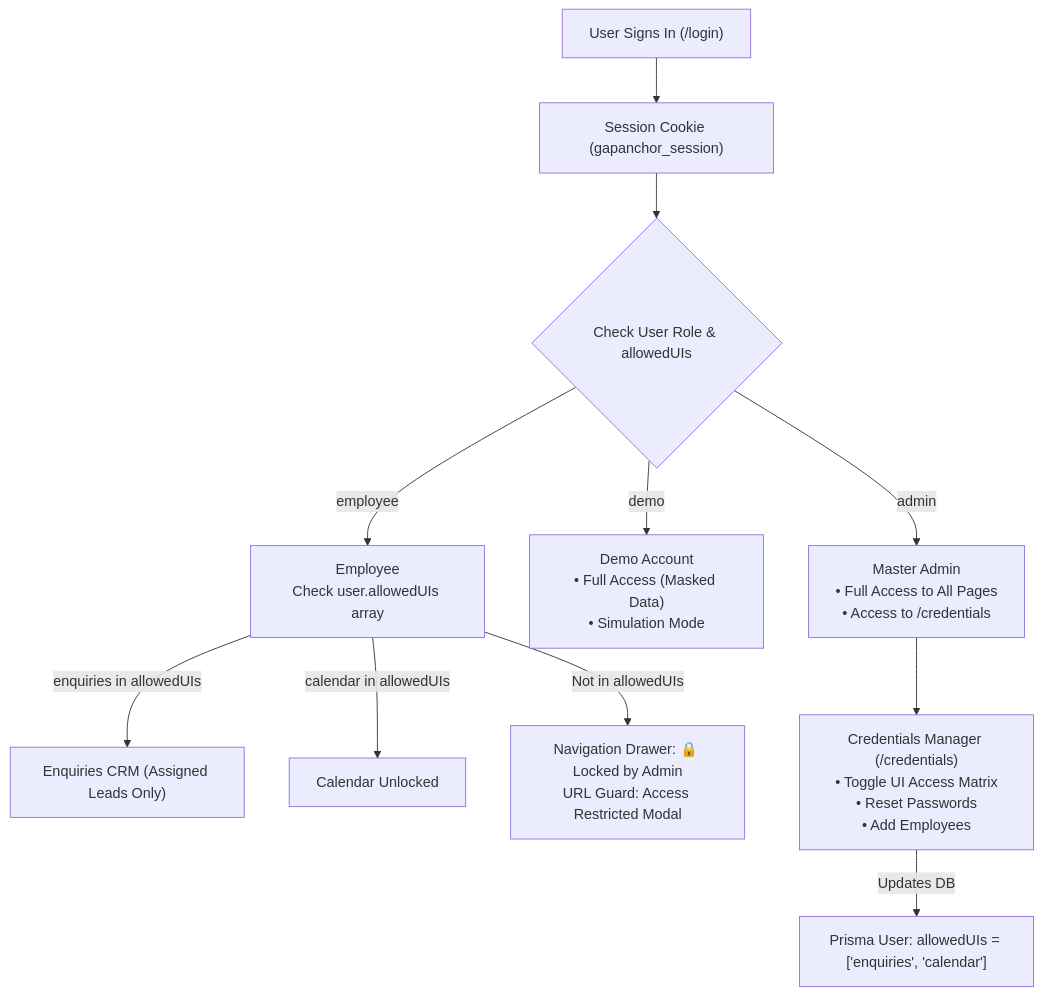
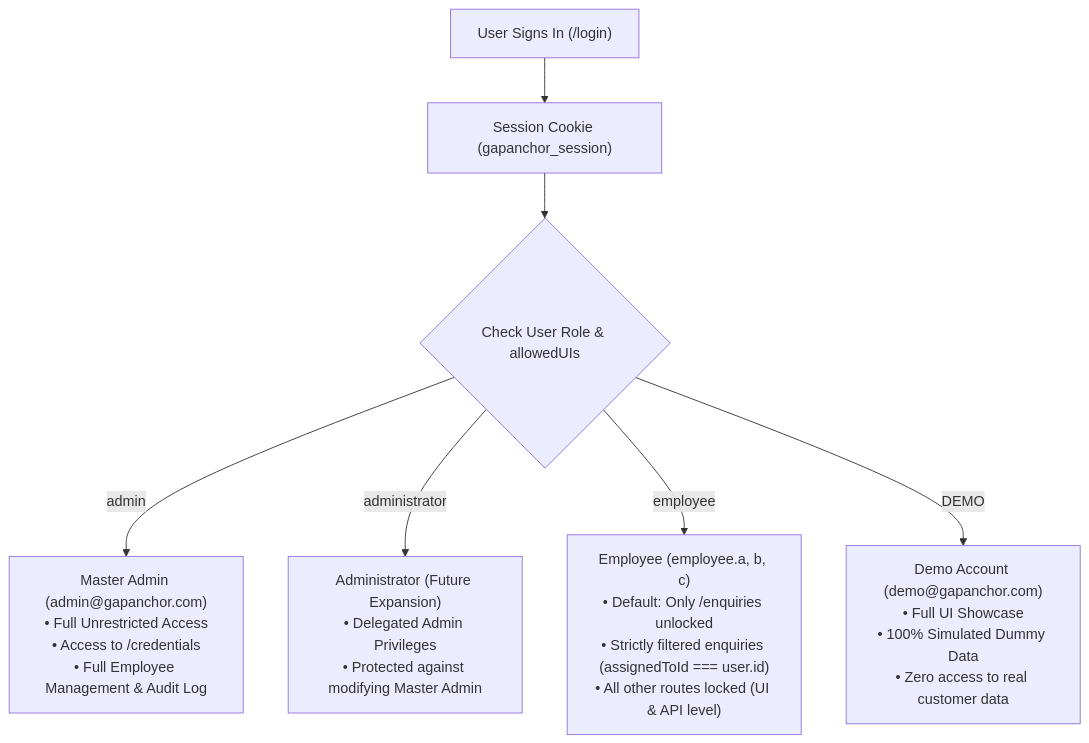
Before and after one commit to vimal19981904-glitch/gapanchor-ops-dashboard: the diagram in docs/CREDENTIALS_AND_RBAC_PLAN.md, drawn with Mermaid. The commit also changed other lines of this file and 48 other files, not shown here.

````diff
--- a/docs/CREDENTIALS_AND_RBAC_PLAN.md
+++ b/docs/CREDENTIALS_AND_RBAC_PLAN.md
@@ -21,16 +25,10 @@
 ```mermaid
 graph TD
     User["User Signs In (/login)"] --> SessionCookie["Session Cookie (gapanchor_session)"]
     SessionCookie --> RoleCheck{"Check User Role & allowedUIs"}
 
-    RoleCheck -->|admin| FullAccess["Master Admin\n• Full Access to All Pages\n• Access to /credentials"]
-    RoleCheck -->|demo| DemoAccess["Demo Account\n• Full Access (Masked Data)\n• Simulation Mode"]
-    RoleCheck -->|employee| PermCheck["Employee\nCheck user.allowedUIs array"]
-
-    PermCheck -->|enquiries in allowedUIs| EnquiriesView["Enquiries CRM (Assigned Leads Only)"]
-    PermCheck -->|calendar in allowedUIs| CalendarUnlocked["Calendar Unlocked"]
-    PermCheck -->|Not in allowedUIs| LockedView["Navigation Drawer: 🔒 Locked by Admin\nURL Guard: Access Restricted Modal"]
-    
-    FullAccess --> CredsPage["Credentials Manager (/credentials)\n• Toggle UI Access Matrix\n• Reset Passwords\n• Add Employees"]
-    CredsPage -->|Updates DB| PrismaUser["Prisma User: allowedUIs = ['enquiries', 'calendar']"]
+    RoleCheck -->|admin| FullAccess["Master Admin (admin@gapanchor.com)\n• Full Unrestricted Access\n• Access to /credentials\n• Full Employee Management & Audit Log"]
+    RoleCheck -->|administrator| OrgAdmin["Administrator (Future Expansion)\n• Delegated Admin Privileges\n• Protected against modifying Master Admin"]
+    RoleCheck -->|employee| PermCheck["Employee (employee.a, b, c)\n• Default: Only /enquiries unlocked\n• Strictly filtered enquiries (assignedToId === user.id)\n• All other routes locked (UI & API level)"]
+    RoleCheck -->|DEMO| DemoAccess["Demo Account (demo@gapanchor.com)\n• Full UI Showcase\n• 100% Simulated Dummy Data\n• Zero access to real customer data"]
 ```
````
